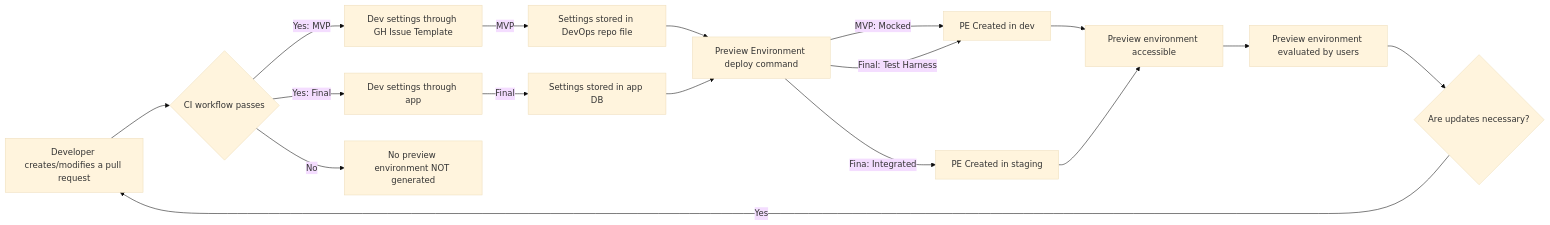
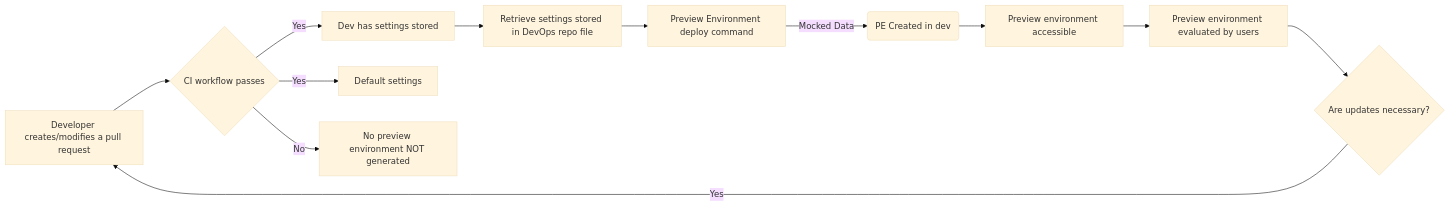
One commit to department-of-veterans-affairs/va.gov-platform-architecture changed the diagram in rfc/2022/2022-11-02_TechTeam4_Preview_Environment_Architecture.md. Above: the diagram before and after it, drawn with Mermaid (base theme). The commit also changed other lines of this file, not shown here.

First line of the commit message:
Update 2022-11-02_TechTeam4_Preview_Environment_Architecture.md

````diff
--- a/rfc/2022/2022-11-02_TechTeam4_Preview_Environment_Architecture.md
+++ b/rfc/2022/2022-11-02_TechTeam4_Preview_Environment_Architecture.md
@@ -64,19 +69,14 @@
 ```mermaid
 flowchart LR;
     A[Developer creates/modifies a pull request] --> B{CI workflow passes}
-    B --> |Yes: MVP| C[Dev settings through GH Issue Template]
-    B --> |Yes: Final| D[Dev settings through app]
+    B --> |Yes| C[Dev has settings stored]
+    B --> |Yes| D[Default settings]
     B --> |No| Z[No preview environment NOT generated]
-    C --> |MVP| E[Settings stored in DevOps repo file]
-    D --> |Final| F[Settings stored in app DB]
+    C --> E[Retrieve settings stored in DevOps repo file]
     E --> G[Preview Environment deploy command]
-    F --> G
-    G --> |MVP: Mocked| H[PE Created in dev]
-    G --> |Final: Test Harness| H[PE Created in dev]
-    G --> |Fina: Integrated| I[PE Created in staging]
+    G --> |Mocked Data| H(PE Created in dev)
     H --> J[Preview environment accessible]
-    I --> J
     J --> K[Preview environment evaluated by users]
     K --> L{Are updates necessary?}
     L --> |Yes| A
 ```
````
